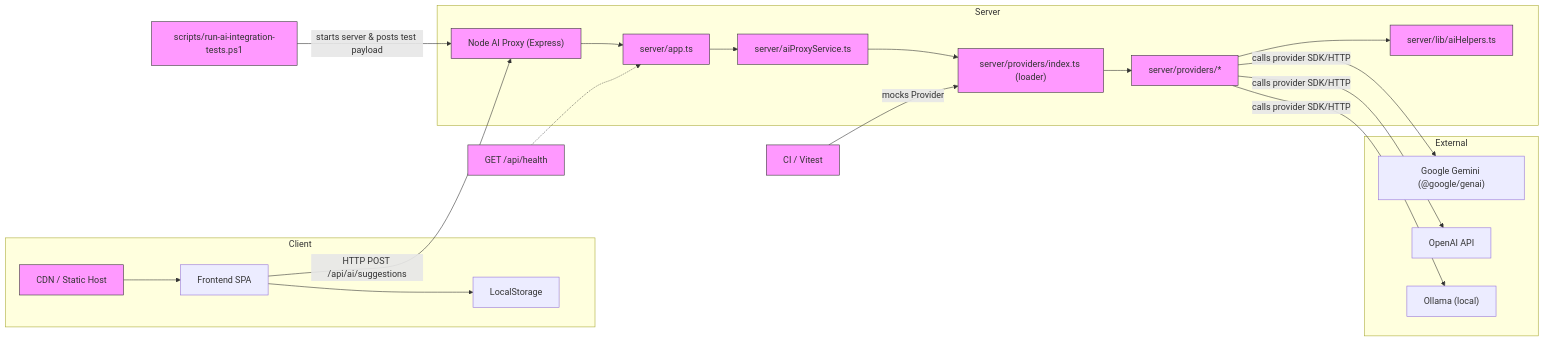
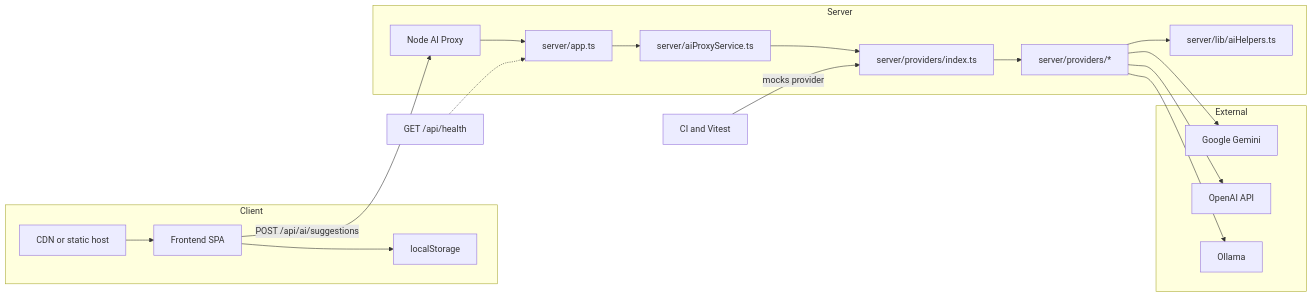
Before and after one commit to patrickcruzutfpr/family-budget-app: the diagram in docs/components-diagram.md, drawn with Mermaid. The commit also changed other lines of this file and 18 other files, not shown here.

````diff
--- a/docs/components-diagram.md
+++ b/docs/components-diagram.md
@@ -5,44 +5,40 @@
 ```mermaid
 graph LR
   subgraph Client
     SPA[Frontend SPA]
-    Local[LocalStorage]
-    CDN[CDN / Static Host]
+    Local[localStorage]
+    CDN[CDN or static host]
   end
 
   SPA --> Local
-  SPA -->|HTTP POST /api/ai/suggestions| Proxy
+  SPA -->|POST /api/ai/suggestions| Proxy
   CDN --> SPA
 
   subgraph Server
-    Proxy["Node AI Proxy (Express)"]
-    App["server/app.ts"]
-    Service["server/aiProxyService.ts"]
-    Loader["server/providers/index.ts (loader)"]
-    Providers["server/providers/*"]
-    Helpers["server/lib/aiHelpers.ts"]
+    Proxy[Node AI Proxy]
+    App[server/app.ts]
+    Service[server/aiProxyService.ts]
+    Loader[server/providers/index.ts]
+    Providers[server/providers/*]
+    Helpers[server/lib/aiHelpers.ts]
   end
 
   Proxy --> App
   App --> Service
   Service --> Loader
   Loader --> Providers
   Providers --> Helpers
 
   subgraph External
-    Gemini["Google Gemini (@google/genai)"]
+    Gemini[Google Gemini]
     OpenAI[OpenAI API]
-    Ollama["Ollama (local)"]
+    Ollama[Ollama]
   end
 
-  Providers -->|calls provider SDK/HTTP| Gemini
-  Providers -->|calls provider SDK/HTTP| OpenAI
-  Providers -->|calls provider SDK/HTTP| Ollama
+  Providers --> Gemini
+  Providers --> OpenAI
+  Providers --> Ollama
 
-  CI["CI / Vitest"] -->|mocks Provider| Loader
-  Scripts["scripts/run-ai-integration-tests.ps1"] -->|starts server & posts test payload| Proxy
-  Health["GET /api/health"] -.-> App
-
-  classDef infra fill:#f9f,stroke:#333,stroke-width:1px;
-  class CDN,Proxy,App,Service,Loader,Providers,Helpers,CI,Scripts,Health infra;
+  CI[CI and Vitest] -->|mocks provider| Loader
+  Health[GET /api/health] -.-> App
 ```
````
